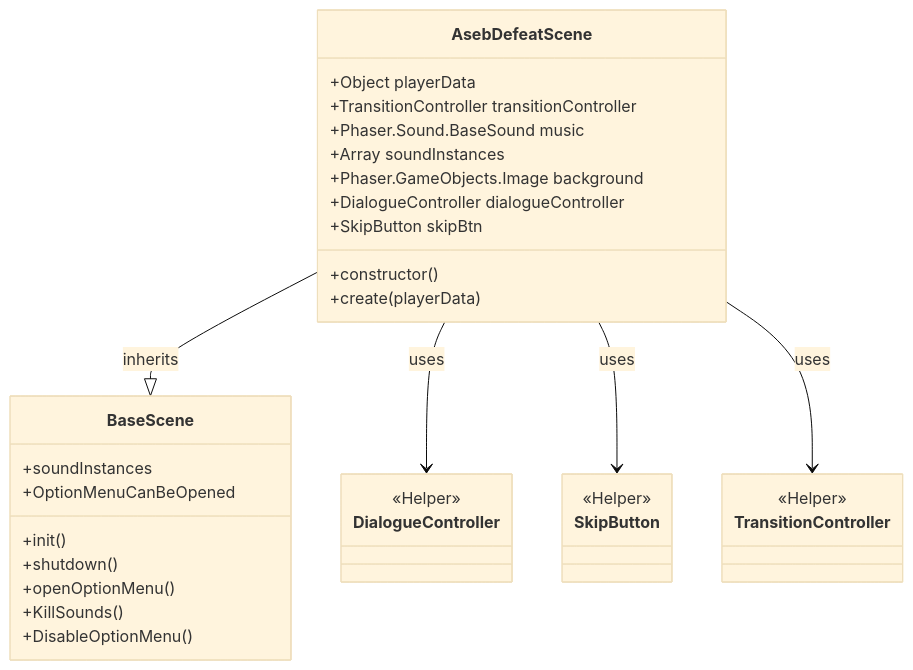
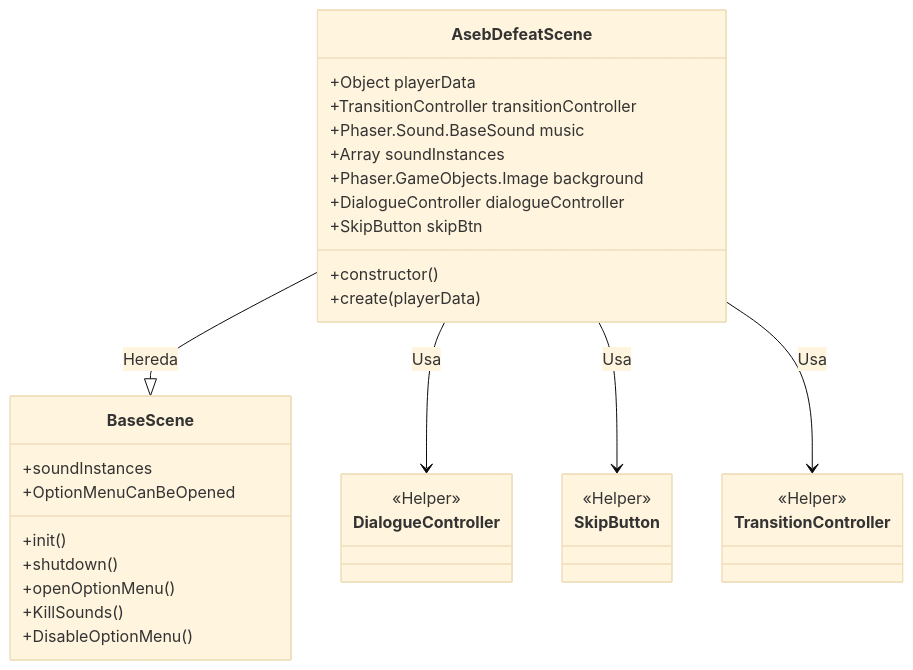
Diagram 17 of 23 in arquitectura.md (MaltenGD/TimeBoxed), drawn with Mermaid (base theme) before and after one commit. The commit also changed other lines of this file, not shown here.

````diff
--- a/arquitectura.md
+++ b/arquitectura.md
@@ -408,45 +863,43 @@
 ```mermaid
 classDiagram
     class AsebDefeatScene {
         %% Properties defined in create
         +Object playerData
         +TransitionController transitionController
         +Phaser.Sound.BaseSound music
         +Array soundInstances
         +Phaser.GameObjects.Image background
         +DialogueController dialogueController
         +SkipButton skipBtn
 
         %% Methods
         +constructor()
         +create(playerData)
     }
 
     class BaseScene {
         +soundInstances
         +OptionMenuCanBeOpened
         +init()
         +shutdown()
         +openOptionMenu()
         +KillSounds()
         +DisableOptionMenu()
     }
 
     class DialogueController {
         <<Helper>>
     }
     class SkipButton {
         <<Helper>>
     }
 
     class TransitionController {
          <<Helper>>
     }
 
-    AsebDefeatScene --|> BaseScene : inherits
-    AsebDefeatScene --> DialogueController : uses
-    AsebDefeatScene --> SkipButton : uses
-    AsebDefeatScene --> TransitionController : uses
-
-
+    AsebDefeatScene --|> BaseScene : Hereda
+    AsebDefeatScene --> DialogueController : Usa
+    AsebDefeatScene --> SkipButton : Usa
+    AsebDefeatScene --> TransitionController : Usa
 ```
````
